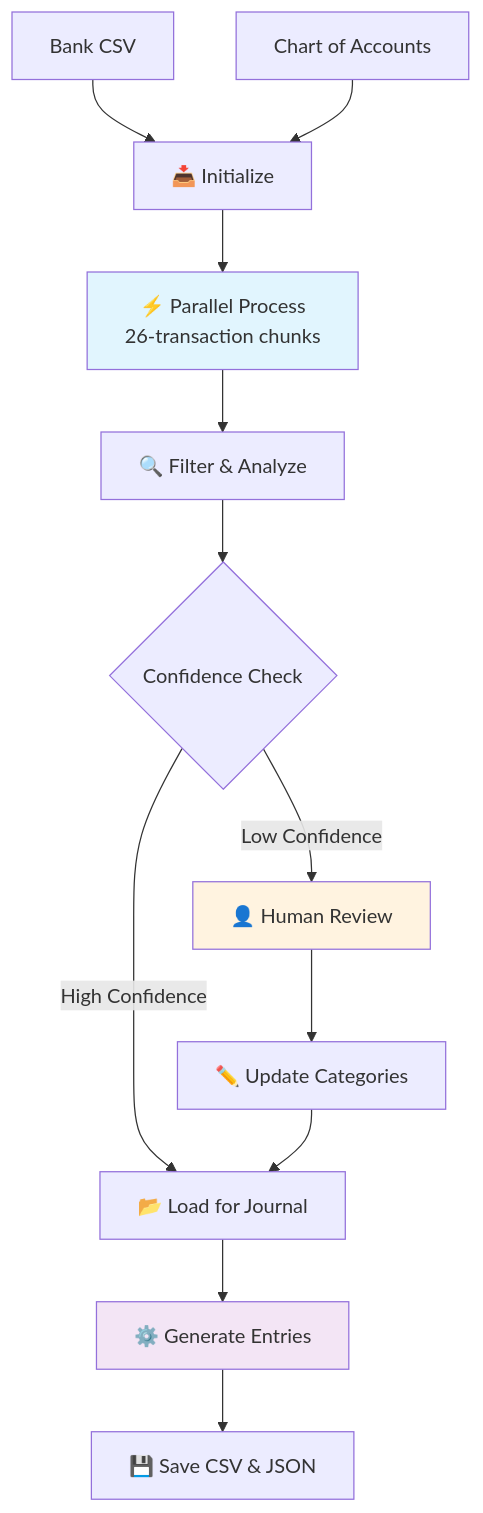
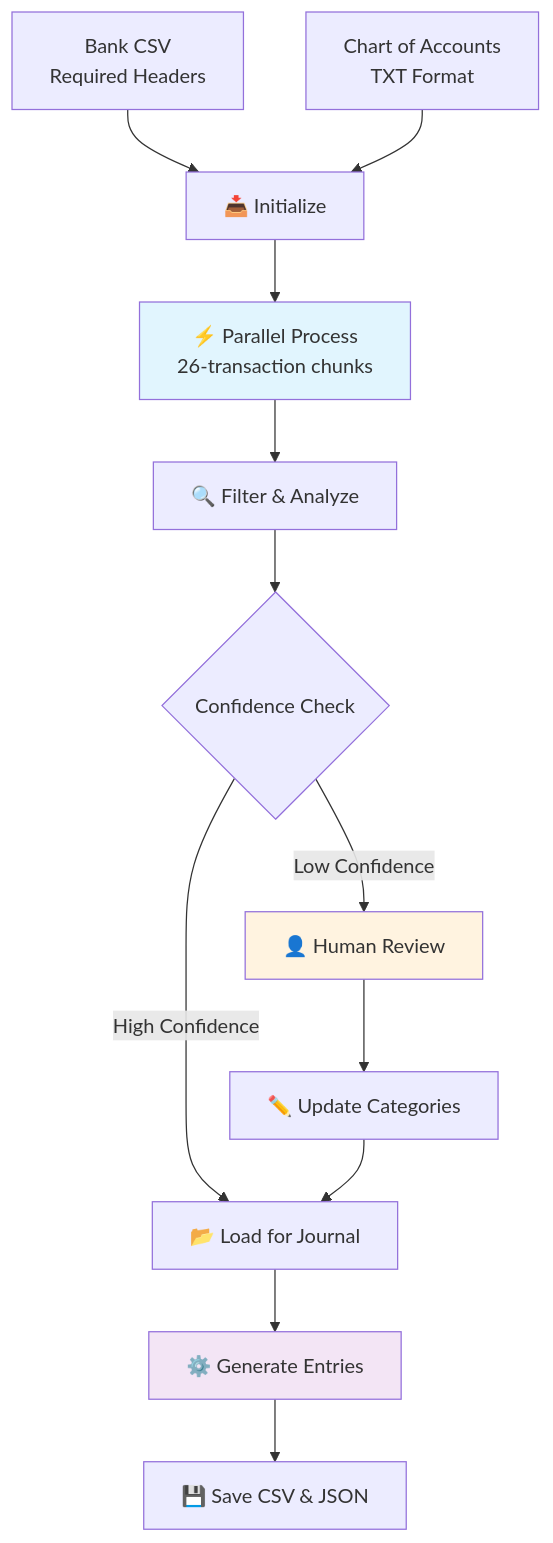
The diagram in README.md (muggl3mind/acc_agent), drawn with Mermaid before and after one commit. The commit also changed other lines of this file, not shown here.

Commit message:
Clarify file format requirements: TXT for COA, CSV for transactions

````diff
--- a/README.md
+++ b/README.md
@@ -99,18 +99,18 @@
 ```mermaid
 graph TB
-    A[Bank CSV] --> B[📥 Initialize]
-    A2[Chart of Accounts] --> B
+    A[Bank CSV<br/>Required Headers] --> B[📥 Initialize]
+    A2[Chart of Accounts<br/>TXT Format] --> B
     B --> C[⚡ Parallel Process<br/>26-transaction chunks]
     C --> D[🔍 Filter & Analyze]
     D --> E{Confidence Check}
     E -->|High Confidence| F[📂 Load for Journal]
     E -->|Low Confidence| G[👤 Human Review]
     G --> H[✏️ Update Categories]
     H --> F
     F --> I[⚙️ Generate Entries]
     I --> J[💾 Save CSV & JSON]
     
     style C fill:#e1f5fe
     style G fill:#fff3e0
     style I fill:#f3e5f5
 ```
````
